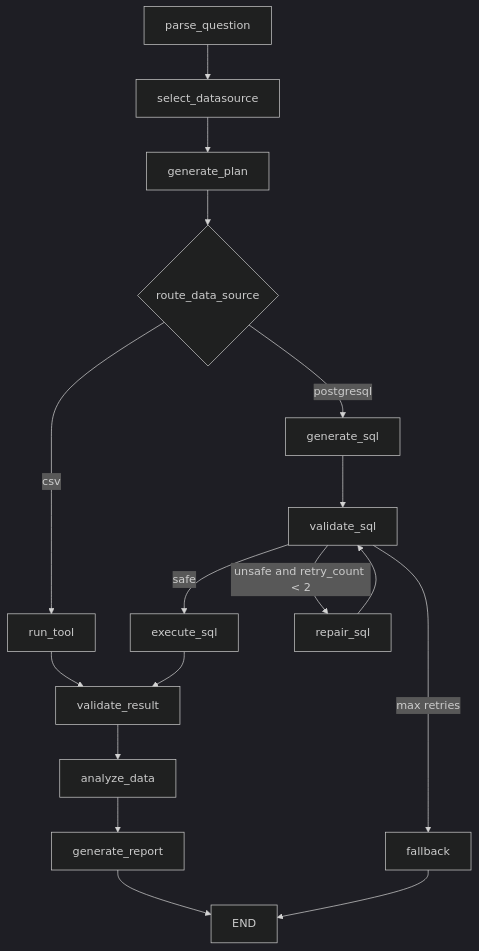
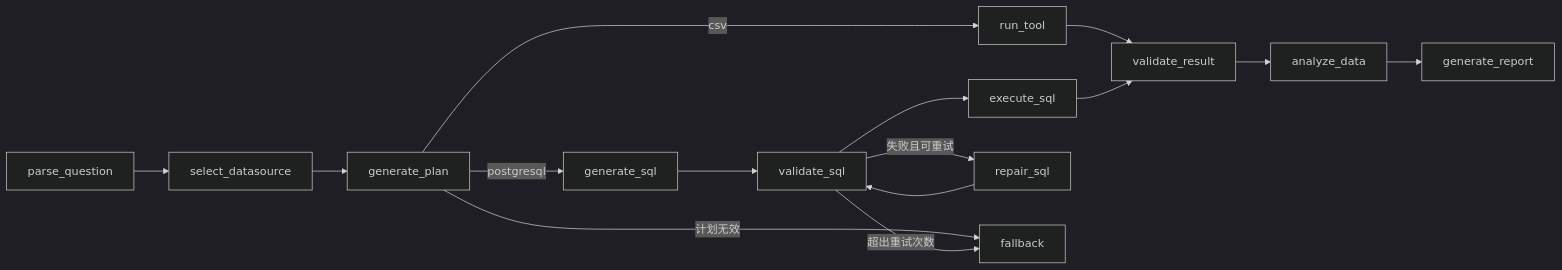
The second of 2 diagrams in README.md (xueren12/enterprise-data-agent), drawn with Mermaid (dark theme) before and after one commit. The commit also changed other lines of this file and 44 other files, not shown here.

````diff
--- a/README.md
+++ b/README.md
@@ -84,19 +46,11 @@
 ```mermaid
-flowchart TD
-    A[parse_question] --> B[select_datasource]
-    B --> C[generate_plan]
-    C --> D{route_data_source}
-    D -->|csv| E[run_tool]
-    D -->|postgresql| F[generate_sql]
-    F --> G[validate_sql]
-    G -->|safe| H[execute_sql]
-    G -->|unsafe and retry_count < 2| I[repair_sql]
-    I --> G
-    G -->|max retries| Z[fallback]
-    E --> J[validate_result]
-    H --> J
-    J --> K[analyze_data]
-    K --> L[generate_report]
-    L --> M[END]
-    Z --> M
+flowchart LR
+    A["parse_question"] --> B["select_datasource"] --> C["generate_plan"]
+    C -->|"csv"| D["run_tool"]
+    C -->|"postgresql"| E["generate_sql"] --> F["validate_sql"] --> G["execute_sql"]
+    F -->|"失败且可重试"| H["repair_sql"] --> F
+    D --> I["validate_result"]
+    G --> I --> J["analyze_data"] --> K["generate_report"]
+    C -->|"计划无效"| Z["fallback"]
+    F -->|"超出重试次数"| Z
 ```
````
